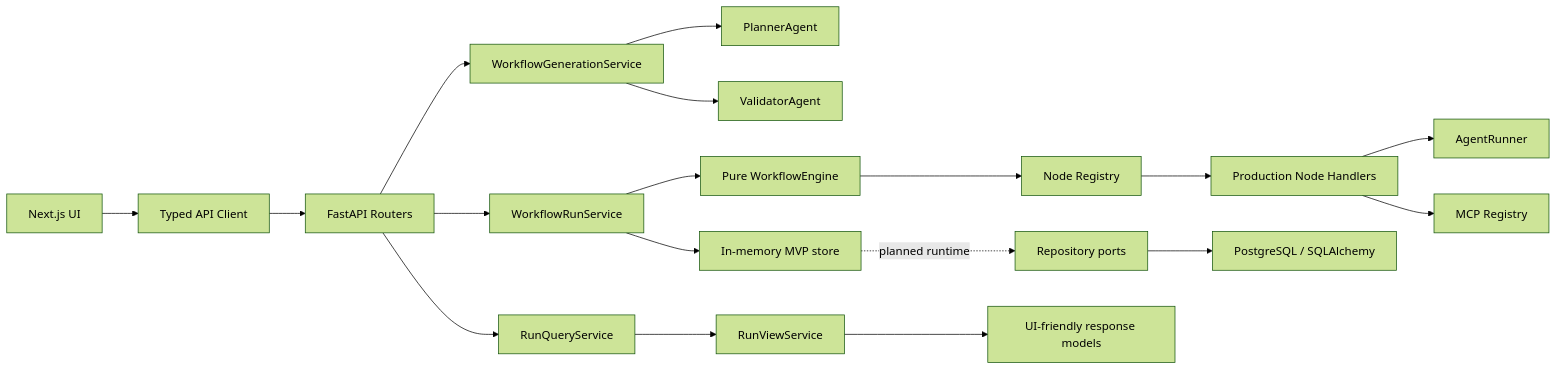
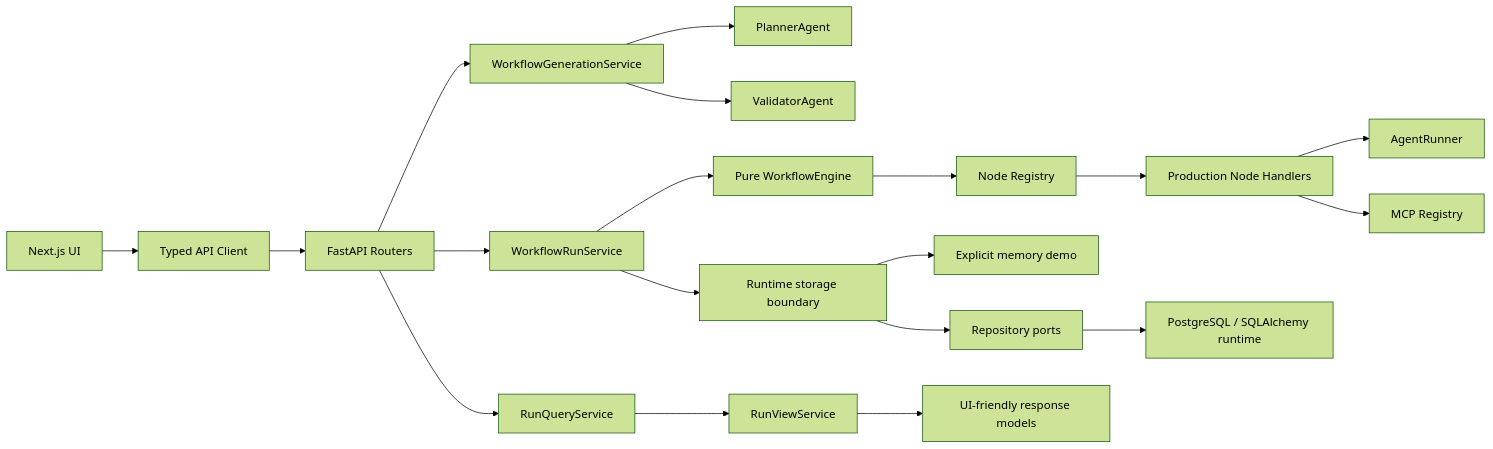
Before and after one commit to qurbaneliii/FlowPilot-MCP---AI-Workflow-Automation-Builder: the diagram in docs/architecture.md, drawn with Mermaid (forest theme). The commit also changed other lines of this file and 42 other files, not shown here.

Commit message:
Finalize FlowPilot MCP real MVP

````diff
--- a/docs/architecture.md
+++ b/docs/architecture.md
@@ -9,20 +9,21 @@
 ```mermaid
 flowchart LR
   Browser["Next.js UI"] --> Client["Typed API Client"]
   Client --> API["FastAPI Routers"]
   API --> Generation["WorkflowGenerationService"]
   API --> Runner["WorkflowRunService"]
   API --> Query["RunQueryService"]
   Generation --> Planner["PlannerAgent"]
   Generation --> Validator["ValidatorAgent"]
   Runner --> Engine["Pure WorkflowEngine"]
   Engine --> Registry["Node Registry"]
   Registry --> Handlers["Production Node Handlers"]
   Handlers --> Agents["AgentRunner"]
   Handlers --> MCP["MCP Registry"]
   Query --> View["RunViewService"]
   View --> UIState["UI-friendly response models"]
-  Runner --> Store["In-memory MVP store"]
-  Store -.planned runtime.-> Repos["Repository ports"]
-  Repos --> Postgres["PostgreSQL / SQLAlchemy"]
+  Runner --> Storage["Runtime storage boundary"]
+  Storage --> Memory["Explicit memory demo"]
+  Storage --> Repos["Repository ports"]
+  Repos --> Postgres["PostgreSQL / SQLAlchemy runtime"]
 ```
````
